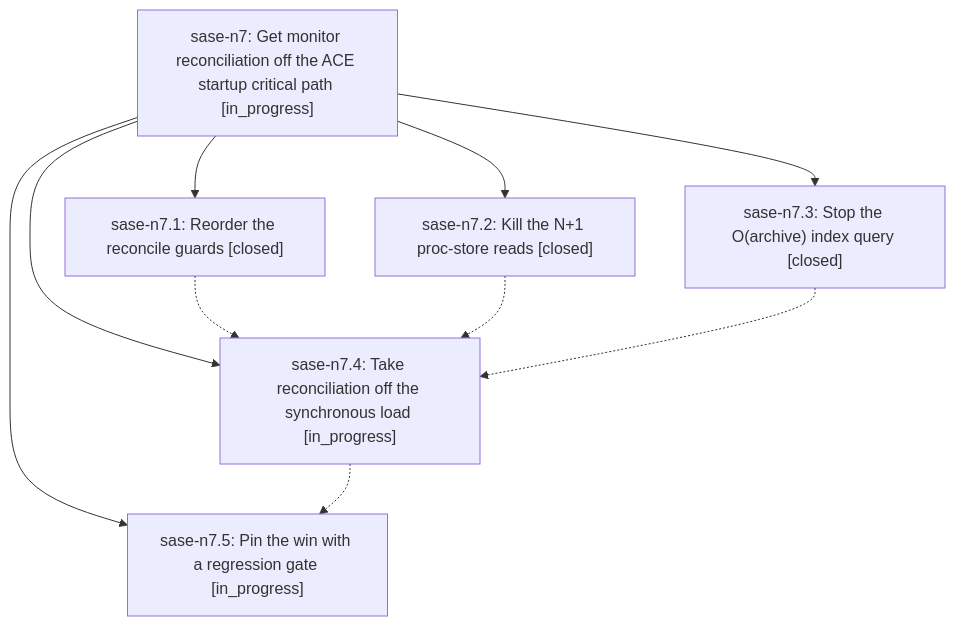
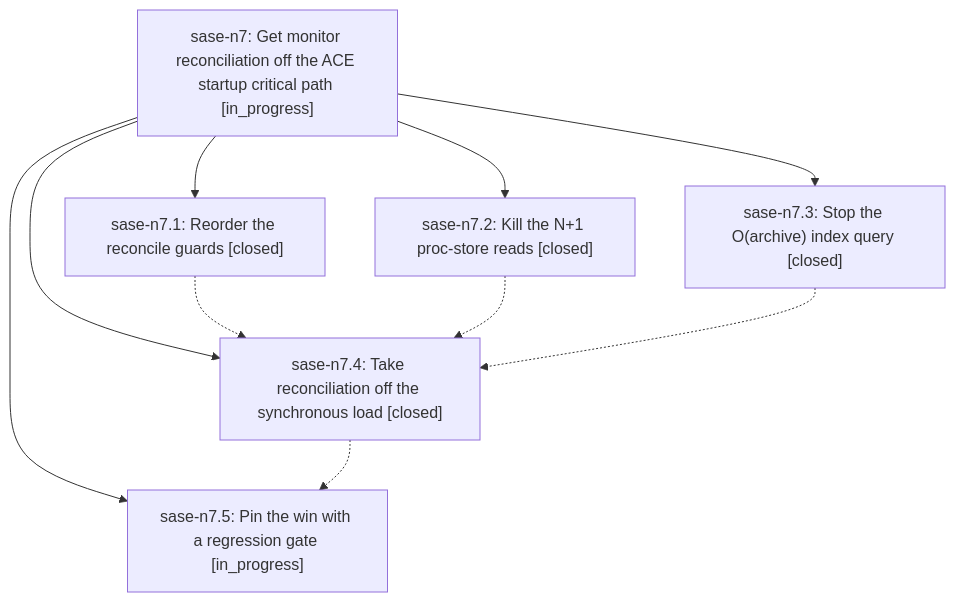
One commit to sase-org/sase--beads changed the diagram in pages/sase-n7/README.md. Above: the diagram before and after it, drawn with Mermaid. The commit also changed other lines of this file and 5 other files, not shown here.

````diff
--- a/pages/sase-n7/README.md
+++ b/pages/sase-n7/README.md
@@ -26,18 +26,18 @@
 ```mermaid
 flowchart TD
     n0["sase-n7: Get monitor reconciliation off the ACE startup critical path [in_progress]"]
     n1["sase-n7.1: Reorder the reconcile guards [closed]"]
     n2["sase-n7.2: Kill the N+1 proc-store reads [closed]"]
     n3["sase-n7.3: Stop the O(archive) index query [closed]"]
-    n4["sase-n7.4: Take reconciliation off the synchronous load [in_progress]"]
+    n4["sase-n7.4: Take reconciliation off the synchronous load [closed]"]
     n5["sase-n7.5: Pin the win with a regression gate [in_progress]"]
     n0 --> n1
     n0 --> n2
     n0 --> n3
     n0 --> n4
     n0 --> n5
     n1 -.-> n4
     n2 -.-> n4
     n3 -.-> n4
     n4 -.-> n5
 ```
````
